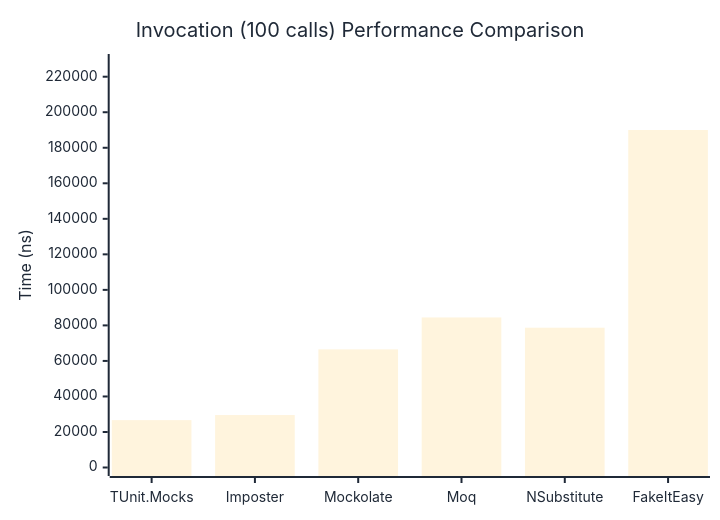
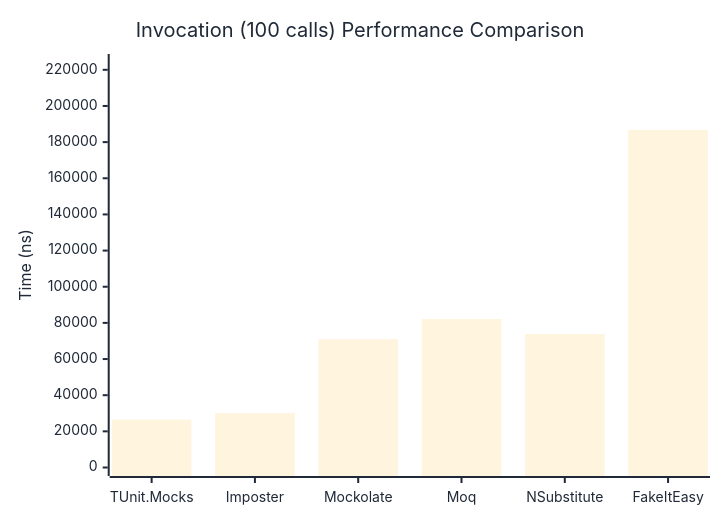
The third of 3 diagrams in docs/docs/benchmarks/mocks/Invocation.md (thomhurst/TUnit), drawn with Mermaid before and after one commit. The commit also changed other lines of this file and 14 other files, not shown here.

````diff
--- a/docs/docs/benchmarks/mocks/Invocation.md
+++ b/docs/docs/benchmarks/mocks/Invocation.md
@@ -110,27 +110,27 @@
 ```mermaid
 %%{init: {
   'theme':'base',
   'themeVariables': {
     'primaryColor': '#2563eb',
     'primaryTextColor': '#1f2937',
     'primaryBorderColor': '#1e40af',
     'lineColor': '#6b7280',
     'secondaryColor': '#7c3aed',
     'tertiaryColor': '#dc2626',
     'background': '#ffffff',
     'pie1': '#2563eb',
     'pie2': '#7c3aed',
     'pie3': '#dc2626',
     'pie4': '#f59e0b',
     'pie5': '#10b981',
     'pie6': '#06b6d4',
     'pie7': '#ec4899',
     'pie8': '#6366f1'
   }
 }}%%
 xychart-beta
   title "Invocation (100 calls) Performance Comparison"
   x-axis ["TUnit.Mocks", "Imposter", "Mockolate", "Moq", "NSubstitute", "FakeItEasy"]
-  y-axis "Time (ns)" 0 --> 228005
-  bar [26674.2, 29524.3, 66514.3, 84478, 78702.1, 190003.8]
+  y-axis "Time (ns)" 0 --> 224043
+  bar [26494.2, 30093.3, 70940.2, 82141.8, 73823.5, 186702]
 ```
````
